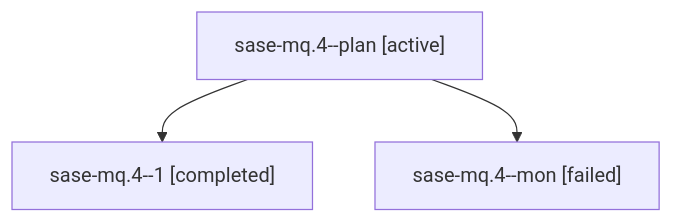
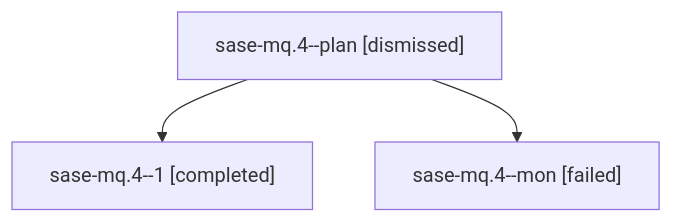
The diagram in sessions/bbugyi200.athena.sase-mq.4.md (sase-org/sase--agents), drawn with Mermaid before and after one commit. The commit also changed other lines of this file and 128 other files, not shown here.

````diff
--- a/sessions/bbugyi200.athena.sase-mq.4.md
+++ b/sessions/bbugyi200.athena.sase-mq.4.md
@@ -9,8 +9,8 @@
 ```mermaid
 flowchart TD
-  n0["sase-mq.4--plan [active]"]
+  n0["sase-mq.4--plan [dismissed]"]
   n1["sase-mq.4--1 [completed]"]
   n0 --> n1
   n2["sase-mq.4--mon [failed]"]
   n0 --> n2
 ```
````
